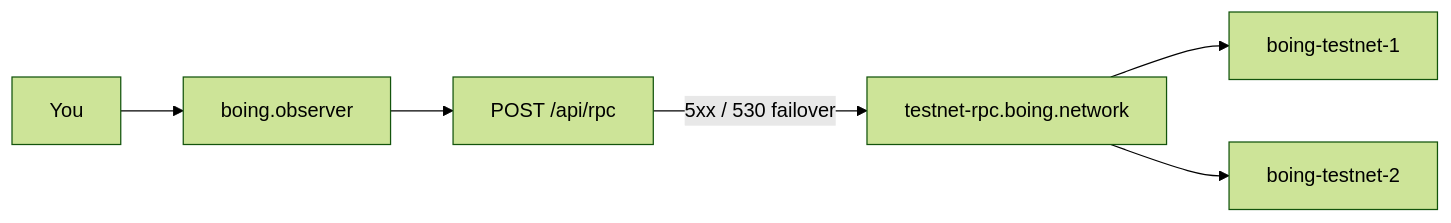
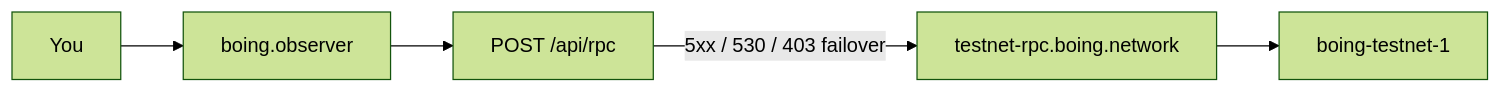
Before and after one commit to Boing-Network/boing.observer: the diagram in README.md, drawn with Mermaid (forest theme). The commit also changed 3 other files, not shown here.

First line of the commit message:
fix(rpc): drop retired t2 fallback; failover on CF 403

````diff
--- a/README.md
+++ b/README.md
@@ -11,8 +11,7 @@
 ```mermaid
 flowchart LR
   You[You] --> UI[boing.observer]
   UI --> Proxy[POST /api/rpc]
-  Proxy -->|5xx / 530 failover| Public[testnet-rpc.boing.network]
+  Proxy -->|5xx / 530 / 403 failover| Public[testnet-rpc.boing.network]
   Public --> Fly1[boing-testnet-1]
-  Public --> Fly2[boing-testnet-2]
 ```
````
